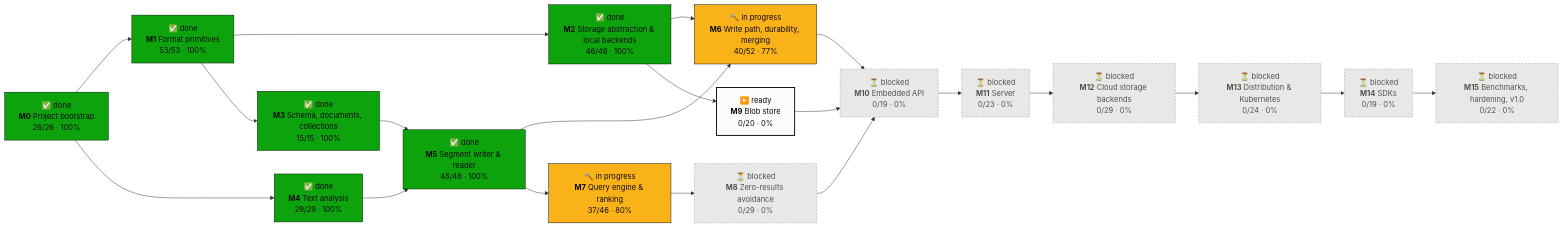
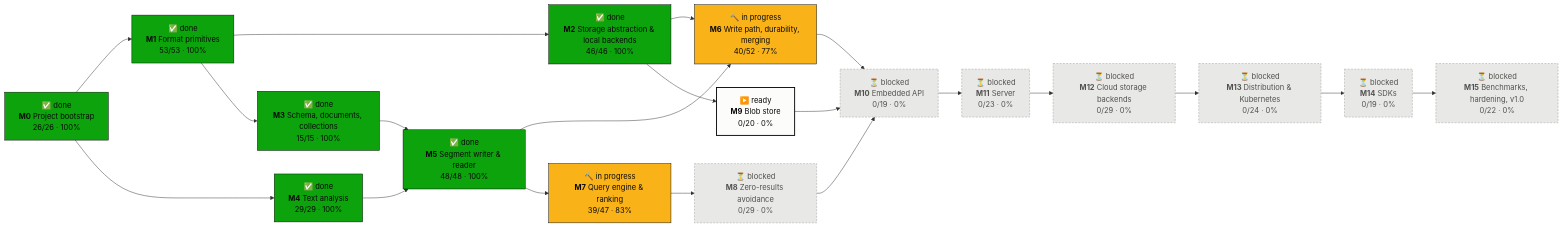
Before and after one commit to tomiok/persiaDB: the first of 2 diagrams in PROGRESS.md, drawn with Mermaid. The commit also changed other lines of this file and 19 other files, not shown here.

First line of the commit message:
Interruptible memtable view copies; expansion df from the memtable's walk (ROADMAP 7.6.6, 7.4.14) (#62)

````diff
--- a/PROGRESS.md
+++ b/PROGRESS.md
@@ -16,42 +16,42 @@
 ```mermaid
 flowchart LR
   M0["✅ done<br/><b>M0</b> Project bootstrap<br/>26/26 · 100%"]:::done
   M1["✅ done<br/><b>M1</b> Format primitives<br/>53/53 · 100%"]:::done
   M2["✅ done<br/><b>M2</b> Storage abstraction & local backends<br/>46/46 · 100%"]:::done
   M3["✅ done<br/><b>M3</b> Schema, documents, collections<br/>15/15 · 100%"]:::done
   M4["✅ done<br/><b>M4</b> Text analysis<br/>29/29 · 100%"]:::done
   M5["✅ done<br/><b>M5</b> Segment writer & reader<br/>48/48 · 100%"]:::done
   M6["🔨 in progress<br/><b>M6</b> Write path, durability, merging<br/>40/52 · 77%"]:::doing
-  M7["🔨 in progress<br/><b>M7</b> Query engine & ranking<br/>37/46 · 80%"]:::doing
+  M7["🔨 in progress<br/><b>M7</b> Query engine & ranking<br/>39/47 · 83%"]:::doing
   M8["⏳ blocked<br/><b>M8</b> Zero-results avoidance<br/>0/29 · 0%"]:::blocked
   M9["▶️ ready<br/><b>M9</b> Blob store<br/>0/20 · 0%"]:::ready
   M10["⏳ blocked<br/><b>M10</b> Embedded API<br/>0/19 · 0%"]:::blocked
   M11["⏳ blocked<br/><b>M11</b> Server<br/>0/23 · 0%"]:::blocked
   M12["⏳ blocked<br/><b>M12</b> Cloud storage backends<br/>0/29 · 0%"]:::blocked
   M13["⏳ blocked<br/><b>M13</b> Distribution & Kubernetes<br/>0/24 · 0%"]:::blocked
   M14["⏳ blocked<br/><b>M14</b> SDKs<br/>0/19 · 0%"]:::blocked
   M15["⏳ blocked<br/><b>M15</b> Benchmarks, hardening, v1.0<br/>0/22 · 0%"]:::blocked
   M0 --> M1
   M1 --> M2
   M1 --> M3
   M0 --> M4
   M3 --> M5
   M4 --> M5
   M2 --> M6
   M5 --> M6
   M5 --> M7
   M7 --> M8
   M2 --> M9
   M6 --> M10
   M8 --> M10
   M9 --> M10
   M10 --> M11
   M11 --> M12
   M12 --> M13
   M13 --> M14
   M14 --> M15
   classDef done fill:#0ca30c,stroke:#0b0b0b,color:#0b0b0b
   classDef doing fill:#fab219,stroke:#0b0b0b,color:#0b0b0b
   classDef ready fill:#fcfcfb,stroke:#0b0b0b,stroke-width:2px,color:#0b0b0b
   classDef blocked fill:#e8e8e6,stroke:#9a9a96,stroke-dasharray:4 3,color:#52514e
 ```
````
